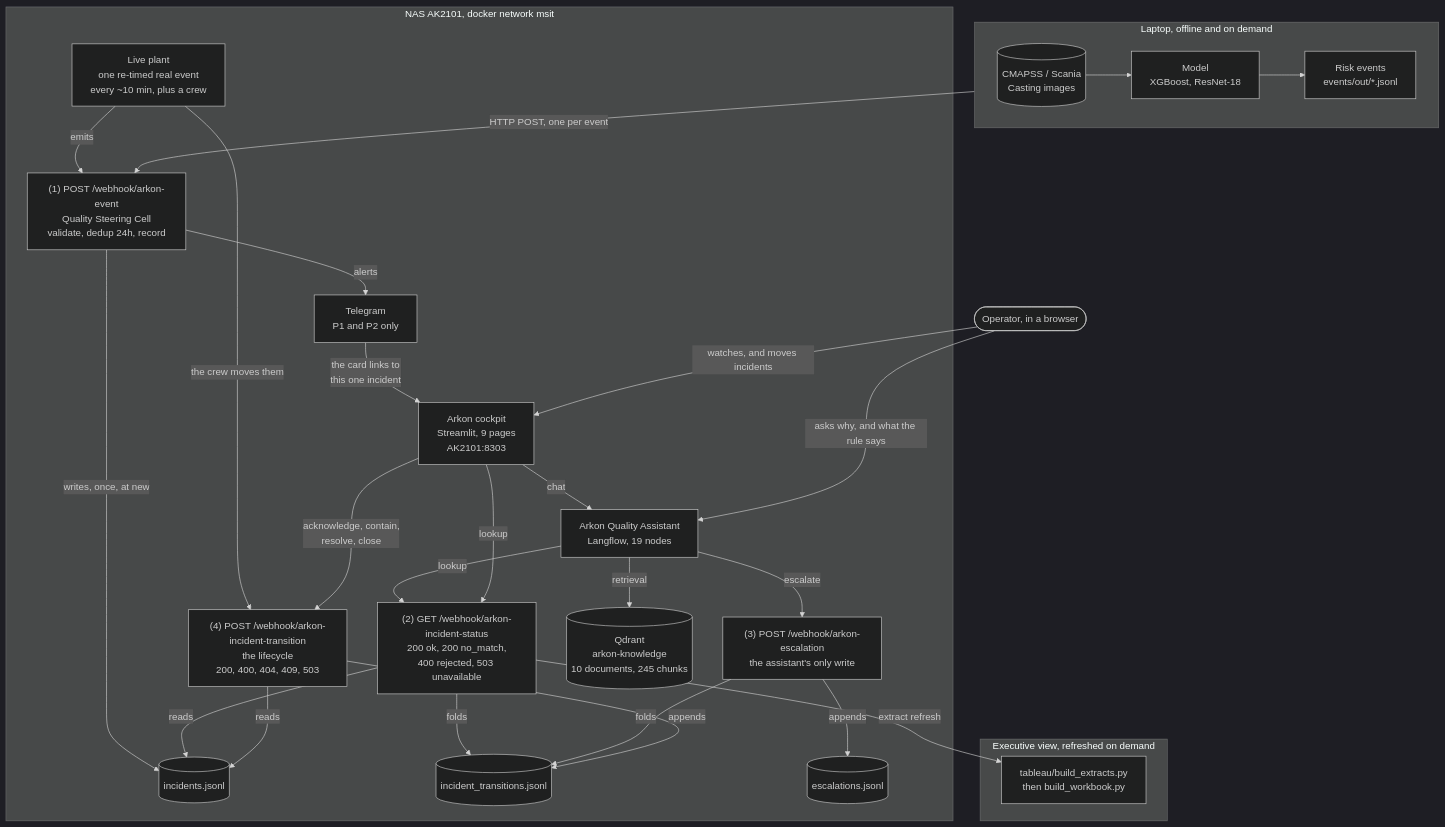
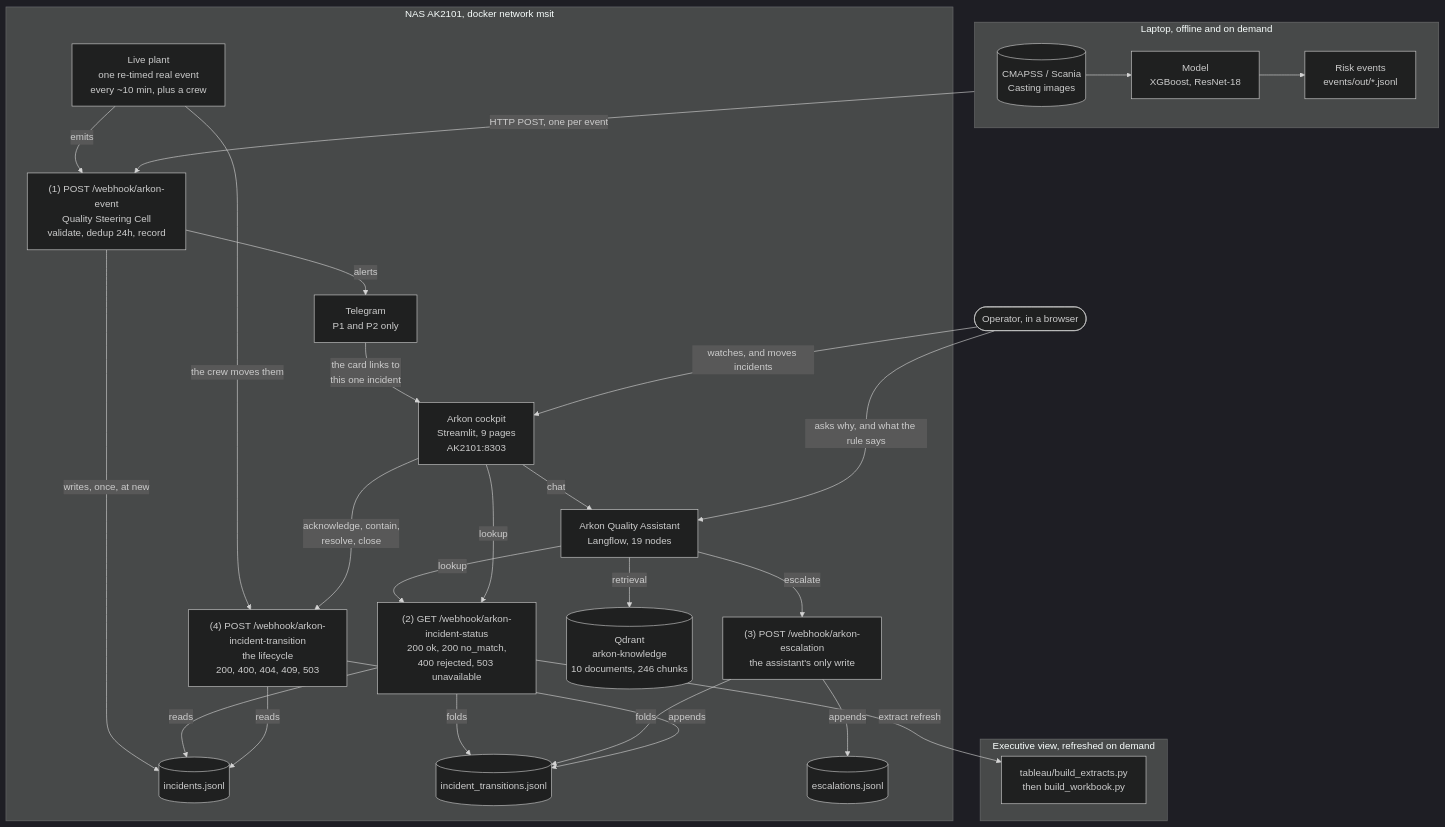
The first of 2 diagrams in README.md (sergey-kasatov/arkon-manufacturing-ai), drawn with Mermaid (dark theme) before and after one commit. The commit also changed other lines of this file and 9 other files, not shown here.

First line of the commit message:
Deploy the daily digest, and bring the charter and the SOP level with 7.4

````diff
--- a/README.md
+++ b/README.md
@@ -117,51 +117,51 @@
 ```mermaid
 flowchart TB
   subgraph LAPTOP["Laptop, offline and on demand"]
     direction LR
     DATA[("CMAPSS / Scania<br/>Casting images")] --> MODEL["Model<br/>XGBoost, ResNet-18"] --> EV["Risk events<br/>events/out/*.jsonl"]
   end
 
   OP(["Operator, in a browser"])
 
   subgraph NAS["NAS AK2101, docker network msit"]
     W1["(1) POST /webhook/arkon-event<br/>Quality Steering Cell<br/>validate, dedup 24h, record"]
     ASSIST["Arkon Quality Assistant<br/>Langflow, 19 nodes"]
     COCK["Arkon cockpit<br/>Streamlit, 9 pages<br/>AK2101:8303"]
     W2["(2) GET /webhook/arkon-incident-status<br/>200 ok, 200 no_match,<br/>400 rejected, 503 unavailable"]
     W3["(3) POST /webhook/arkon-escalation<br/>the assistant's only write"]
     W4["(4) POST /webhook/arkon-incident-transition<br/>the lifecycle<br/>200, 400, 404, 409, 503"]
     LP["Live plant<br/>one re-timed real event<br/>every ~10 min, plus a crew"]
-    QD[("Qdrant<br/>arkon-knowledge<br/>10 documents, 245 chunks")]
+    QD[("Qdrant<br/>arkon-knowledge<br/>10 documents, 246 chunks")]
     INC[("incidents.jsonl")]
     TRN[("incident_transitions.jsonl")]
     ESC[("escalations.jsonl")]
     TG["Telegram<br/>P1 and P2 only"]
 
     W1 -- alerts --> TG
     W1 -- "writes, once, at new" --> INC
     LP -- "emits" --> W1
     LP -- "the crew moves them" --> W4
     ASSIST -- retrieval --> QD
     ASSIST -- lookup --> W2
     ASSIST -- escalate --> W3
     W2 -- reads --> INC
     W2 -- "folds" --> TRN
     COCK -- lookup --> W2
     COCK -- "acknowledge, contain,<br/>resolve, close" --> W4
     COCK -- chat --> ASSIST
     W3 -- appends --> ESC
     W3 -- "folds" --> TRN
     W4 -- appends --> TRN
     W4 -- reads --> INC
   end
 
   subgraph EXEC["Executive view, refreshed on demand"]
     TAB["tableau/build_extracts.py<br/>then build_workbook.py"]
   end
 
   EV -- "HTTP POST, one per event" --> W1
   TG -- "the card links to<br/>this one incident" --> COCK
   OP -- "asks why, and what the rule says" --> ASSIST
   OP -- "watches, and moves incidents" --> COCK
   W2 -- "extract refresh" --> TAB
 ```
````
